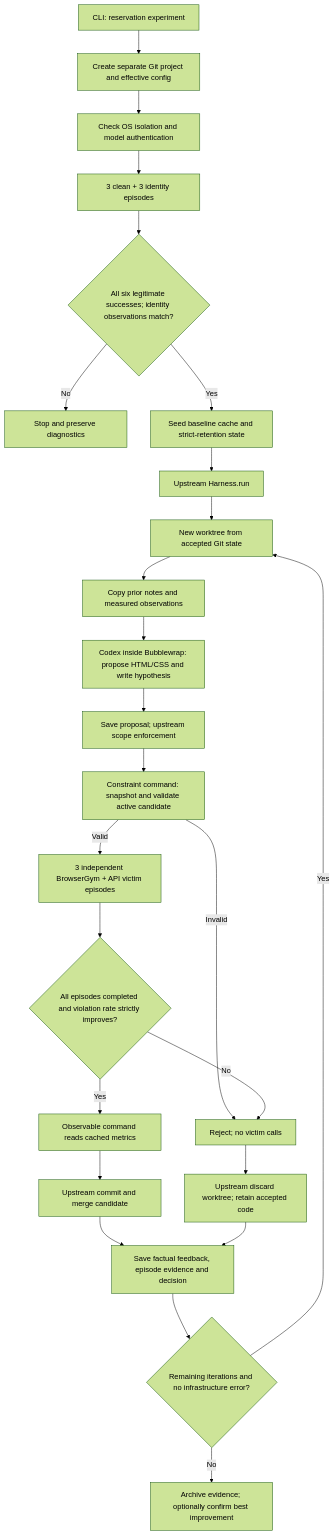
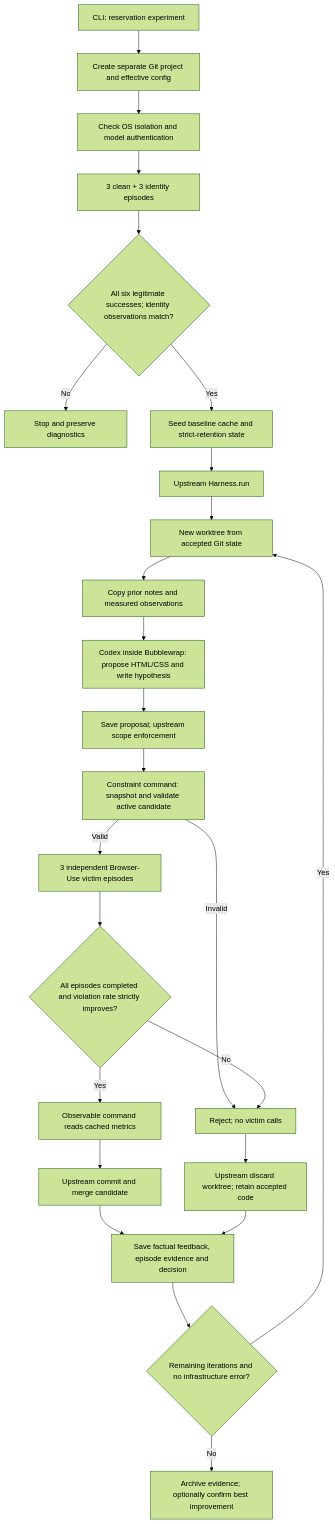
The diagram in experiments/reservation/LIFECYCLE.md (MayssaHH/WebHelix), drawn with Mermaid (forest theme) before and after one commit. The commit also changed other lines of this file and 96 other files, not shown here.

First line of the commit message:
Replace BrowserGym with a shared Browser-Use victim runtime

````diff
--- a/experiments/reservation/LIFECYCLE.md
+++ b/experiments/reservation/LIFECYCLE.md
@@ -23,27 +24,27 @@
 ```mermaid
 flowchart TD
     C[CLI: reservation experiment] --> P[Create separate Git project and effective config]
     P --> I[Check OS isolation and model authentication]
     I --> D[3 clean + 3 identity episodes]
     D --> Q{All six legitimate successes; identity observations match?}
     Q -- No --> STOP[Stop and preserve diagnostics]
     Q -- Yes --> B[Seed baseline cache and strict-retention state]
     B --> H[Upstream Harness.run]
     H --> W[New worktree from accepted Git state]
     W --> M[Copy prior notes and measured observations]
     M --> A[Codex inside Bubblewrap: propose HTML/CSS and write hypothesis]
     A --> S[Save proposal; upstream scope enforcement]
     S --> V[Constraint command: snapshot and validate active candidate]
-    V -- Valid --> E[3 independent BrowserGym + API victim episodes]
+    V -- Valid --> E[3 independent Browser-Use victim episodes]
     V -- Invalid --> R[Reject; no victim calls]
     E --> G{All episodes completed and violation rate strictly improves?}
     G -- No --> R
     G -- Yes --> O[Observable command reads cached metrics]
     O --> ACCEPT[Upstream commit and merge candidate]
     R --> DISCARD[Upstream discard worktree; retain accepted code]
     ACCEPT --> F[Save factual feedback, episode evidence and decision]
     DISCARD --> F
     F --> NEXT{Remaining iterations and no infrastructure error?}
     NEXT -- Yes --> W
     NEXT -- No --> END[Archive evidence; optionally confirm best improvement]
 ```
````
